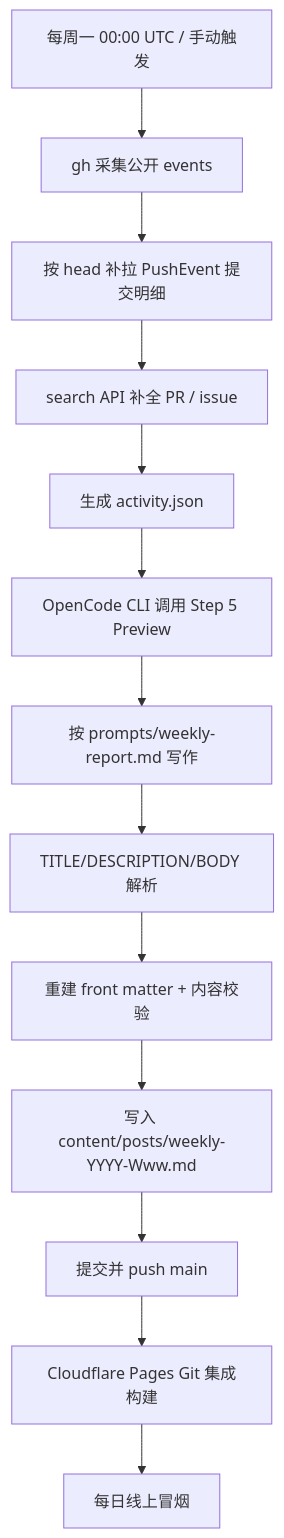
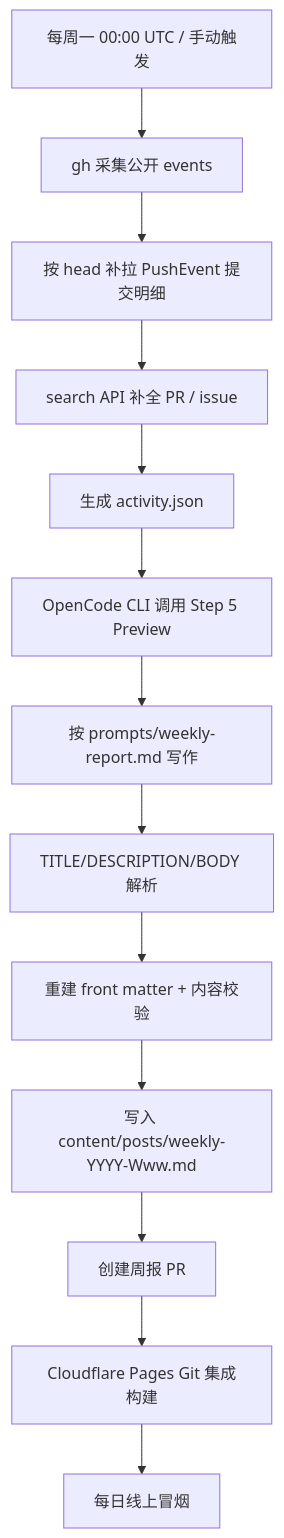
Before and after one commit to 3y3y3y-huaiji/hugo-blog-loveit-theme: the diagram in README.md, drawn with Mermaid. The commit also changed other lines of this file and 7 other files, not shown here.

````diff
--- a/README.md
+++ b/README.md
@@ -40,15 +40,15 @@
 ```mermaid
 graph TD
     A[每周一 00:00 UTC / 手动触发] --> B[gh 采集公开 events]
     B --> C[按 head 补拉 PushEvent 提交明细]
     C --> D[search API 补全 PR / issue]
     D --> E[生成 activity.json]
     E --> F[OpenCode CLI 调用 Step 5 Preview]
     F --> G[按 prompts/weekly-report.md 写作]
     G --> H[TITLE/DESCRIPTION/BODY 解析]
     H --> I[重建 front matter + 内容校验]
     I --> J[写入 content/posts/weekly-YYYY-Www.md]
-    J --> K[提交并 push main]
+    J --> K[创建周报 PR]
     K --> L[Cloudflare Pages Git 集成构建]
     L --> M[每日线上冒烟]
 ```
````
